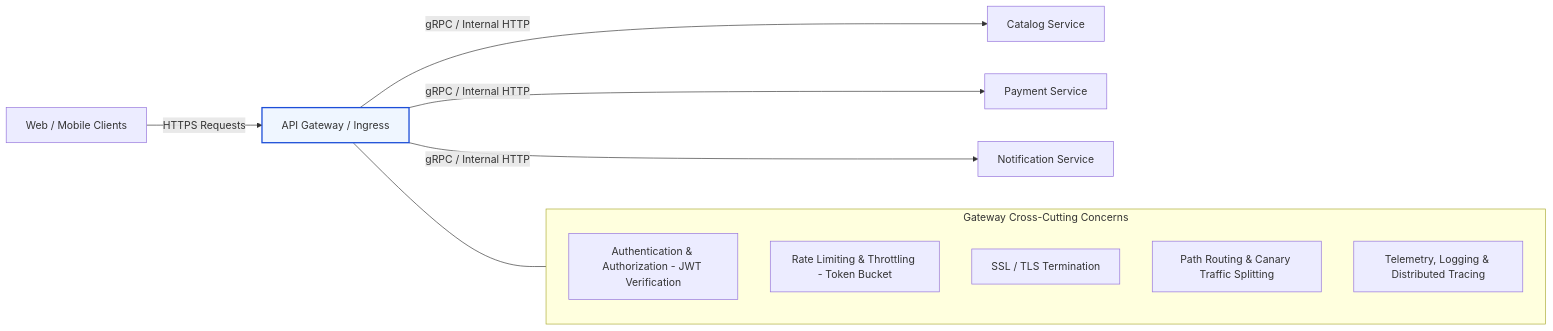
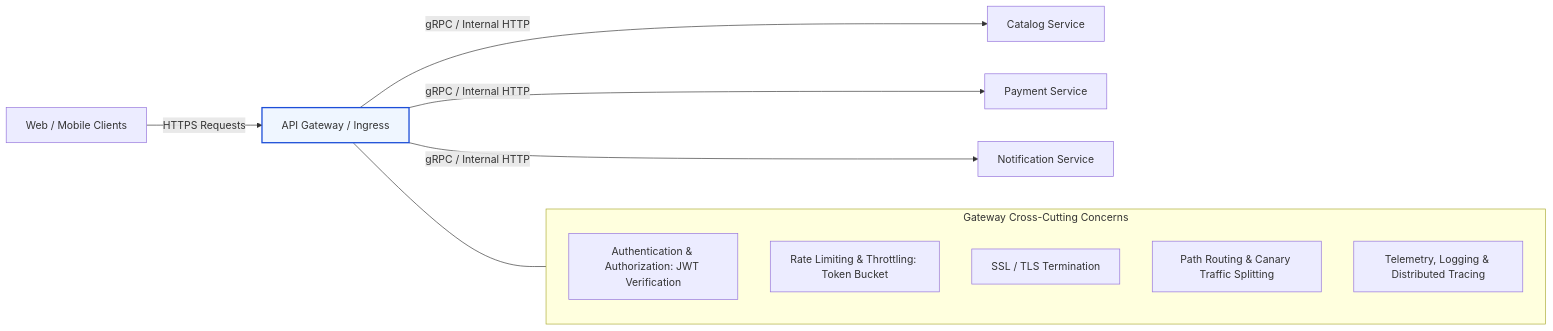
Before and after one commit to kvai9826/system-design-for-program-managers: the fourth of 5 diagrams in 01-foundations/02-load-balancing-gateways.md, drawn with Mermaid. The commit also changed other lines of this file and 30 other files, not shown here.

````diff
--- a/01-foundations/02-load-balancing-gateways.md
+++ b/01-foundations/02-load-balancing-gateways.md
@@ -116,22 +120,22 @@
 ```mermaid
 flowchart LR
     Clients[Web / Mobile Clients] -->|HTTPS Requests| GW[API Gateway / Ingress]
     
     subgraph GatewayResponsibilities [Gateway Cross-Cutting Concerns]
         direction TB
-        R1[Authentication & Authorization - JWT Verification]
-        R2[Rate Limiting & Throttling - Token Bucket]
+        R1[Authentication & Authorization: JWT Verification]
+        R2[Rate Limiting & Throttling: Token Bucket]
         R3[SSL / TLS Termination]
         R4[Path Routing & Canary Traffic Splitting]
         R5[Telemetry, Logging & Distributed Tracing]
     end
 
     GW --- GatewayResponsibilities
 
     GW -->|gRPC / Internal HTTP| Svc1[Catalog Service]
     GW -->|gRPC / Internal HTTP| Svc2[Payment Service]
     GW -->|gRPC / Internal HTTP| Svc3[Notification Service]
 
-    classDef gw fill:#eff6ff,stroke:#1d4ed8,stroke-width:2px;
-    class GW gw;
+    classDef gwStyle fill:#eff6ff,stroke:#1d4ed8,stroke-width:2px;
+    class GW gwStyle;
 ```
````
